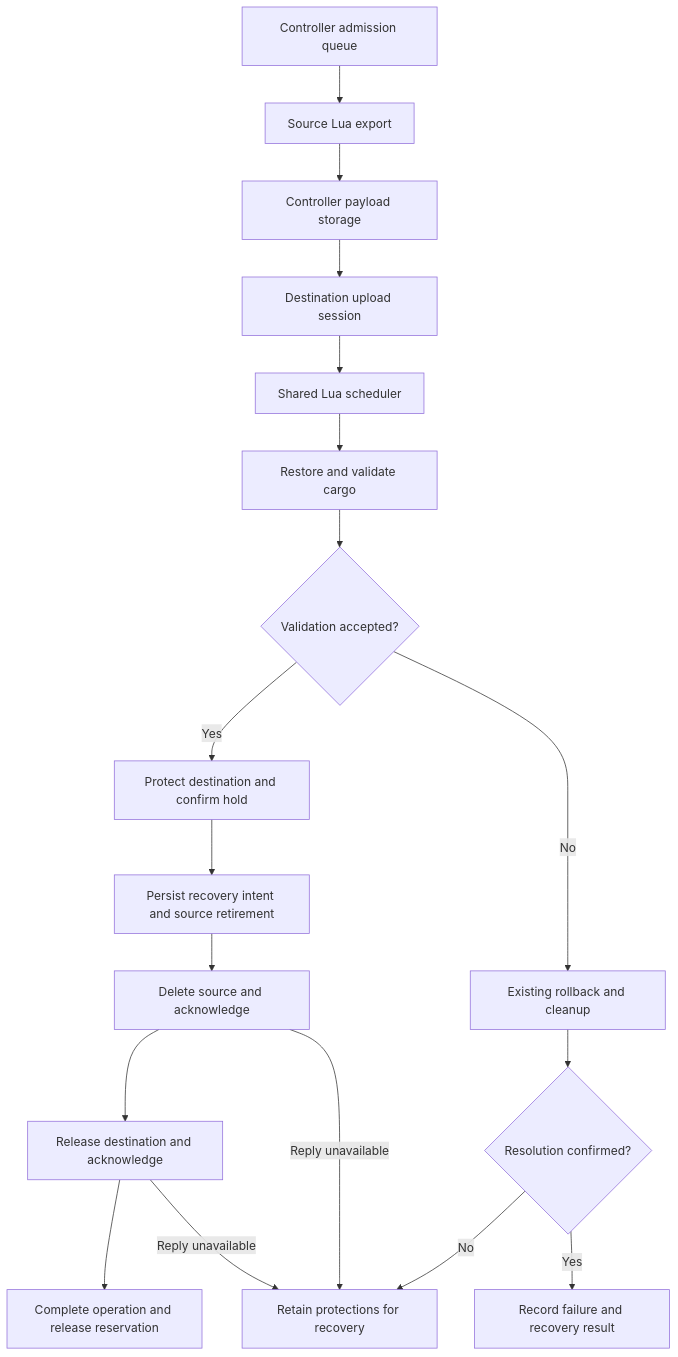
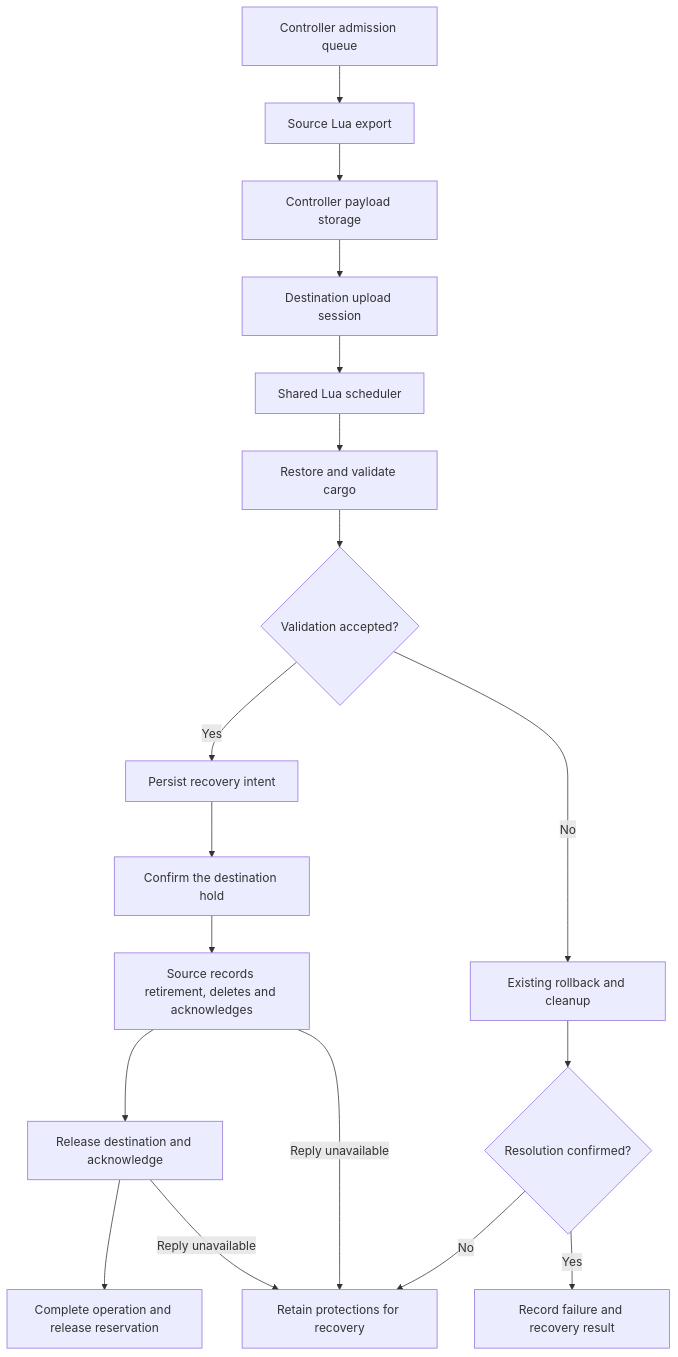
One commit to solarcloud7/clusterio-surface-export changed the diagram in docs/technical/transfers.md. Above: the diagram before and after it, drawn with Mermaid. The commit also changed other lines of this file and 22 other files, not shown here.

````diff
--- a/docs/technical/transfers.md
+++ b/docs/technical/transfers.md
@@ -10,20 +10,20 @@
 ```mermaid
 flowchart TD
     A[Controller admission queue] --> B[Source Lua export]
     B --> C[Controller payload storage]
     C --> D[Destination upload session]
     D --> E[Shared Lua scheduler]
     E --> F[Restore and validate cargo]
     F --> G{Validation accepted?}
-    G -->|Yes| H[Protect destination and confirm hold]
-    H --> I[Persist recovery intent and source retirement]
-    I --> J[Delete source and acknowledge]
+    G -->|Yes| H[Persist recovery intent]
+    H --> I[Confirm the destination hold]
+    I --> J[Source records retirement, deletes and acknowledges]
     J --> K[Release destination and acknowledge]
     K --> L[Complete operation and release reservation]
     G -->|No| M[Existing rollback and cleanup]
     M --> N{Resolution confirmed?}
     N -->|Yes| O[Record failure and recovery result]
     N -->|No| P[Retain protections for recovery]
     J -->|Reply unavailable| P
     K -->|Reply unavailable| P
 ```
````
